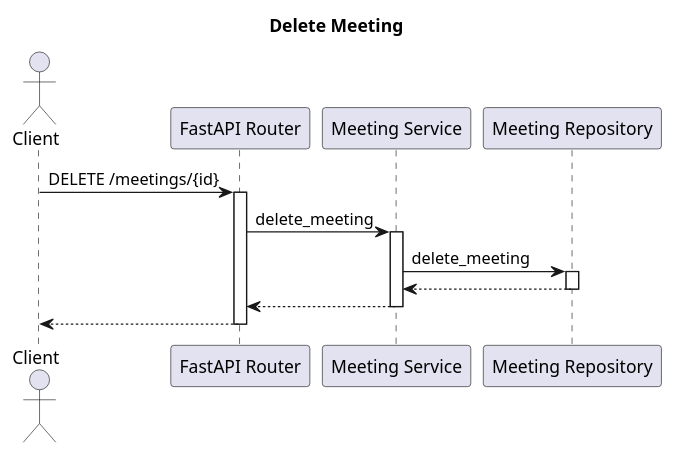
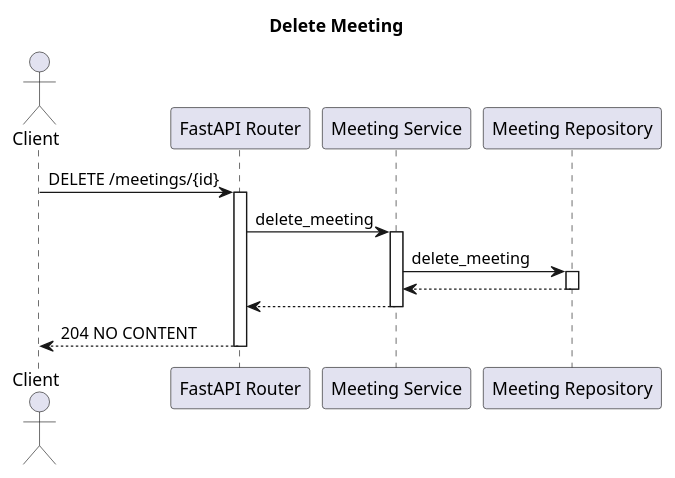
The diagram in Backend/docs/sequence_diagrams/delete_meeting.pu (estebansuarezcalvoudc/Memento), drawn with PlantUML before and after one commit. The commit also changed 1 other file, not shown here.

```diff
--- a/Backend/docs/sequence_diagrams/delete_meeting.pu
+++ b/Backend/docs/sequence_diagrams/delete_meeting.pu
@@ -1,28 +1,28 @@
 @startuml Delete Meeting
 
 title Delete Meeting
 
 actor Client
 participant "FastAPI Router" as Router
 participant "Meeting Service" as Service
 participant "Meeting Repository" as Repository
 
 Client -> Router: DELETE /meetings/{id}
 
 activate Router
 Router -> Service: delete_meeting
 
 activate Service
 Service -> Repository: delete_meeting
 
 activate Repository
 Service <-- Repository
 deactivate Repository
 
 Router <-- Service
 deactivate Service
 
-Client <-- Router
+Client <-- Router: 204 NO CONTENT
 deactivate Router
 
 @enduml
```
